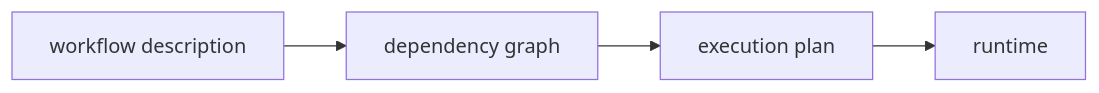
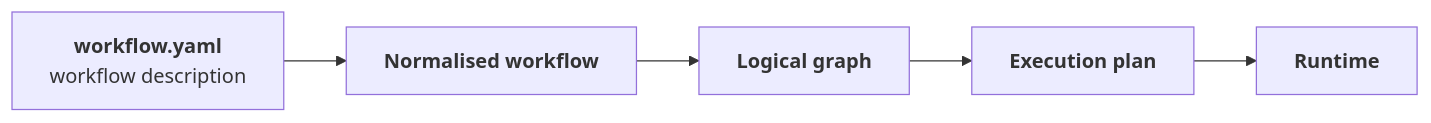
The second of 3 diagrams in docs/index.md (FAST-HEP/fasthep-flow), drawn with Mermaid before and after one commit. The commit also changed other lines of this file and 7 other files, not shown here.

````diff
--- a/docs/index.md
+++ b/docs/index.md
@@ -44,9 +48,10 @@
 ```{mermaid}
 flowchart LR
-    Description["workflow description"]
-    Graph["dependency graph"]
-    Plan["execution plan"]
-    Runtime["runtime"]
+    Workflow["<b>workflow.yaml</b><br/>workflow description"]:::input
+    Normal["<b>Normalised workflow</b>"]:::flow
+    Graph["<b>Logical graph</b>"]:::flow
+    Plan["<b>Execution plan</b>"]:::plan
+    Runtime["<b>Runtime</b>"]:::runtime
 
-    Description --> Graph --> Plan --> Runtime
+    Workflow --> Normal --> Graph --> Plan --> Runtime
 ```
````
